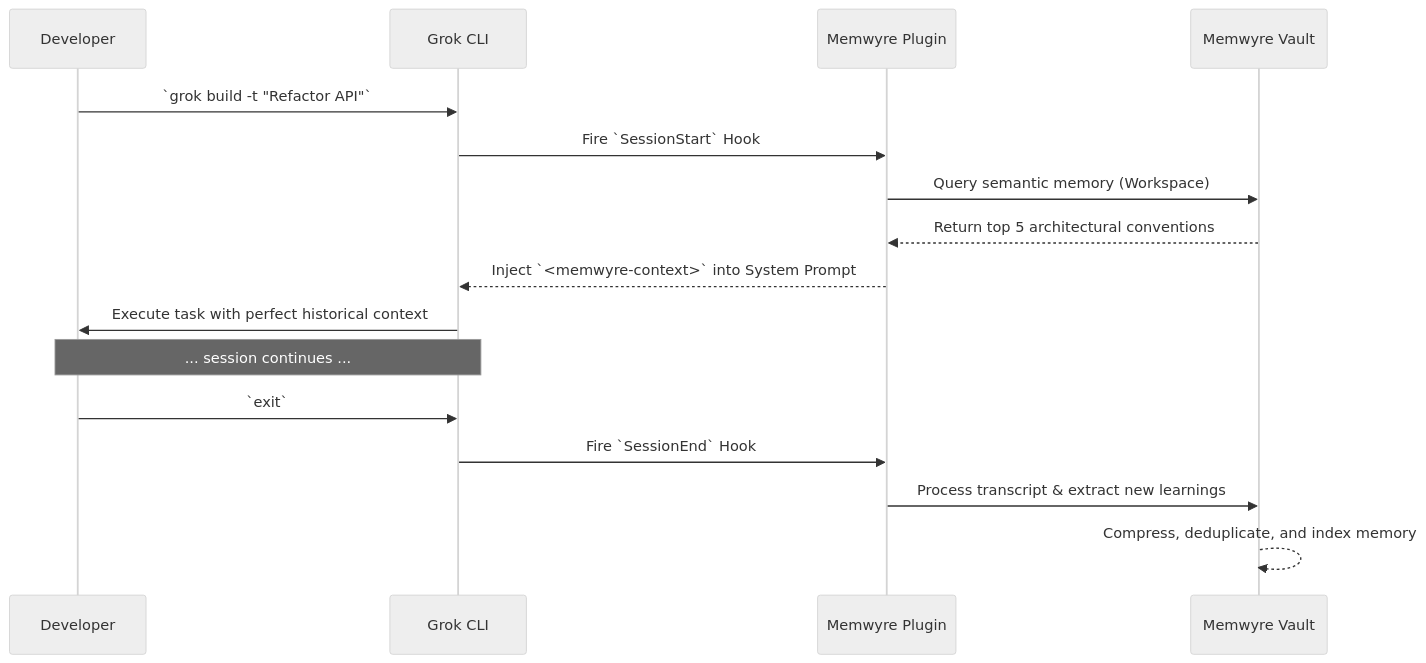
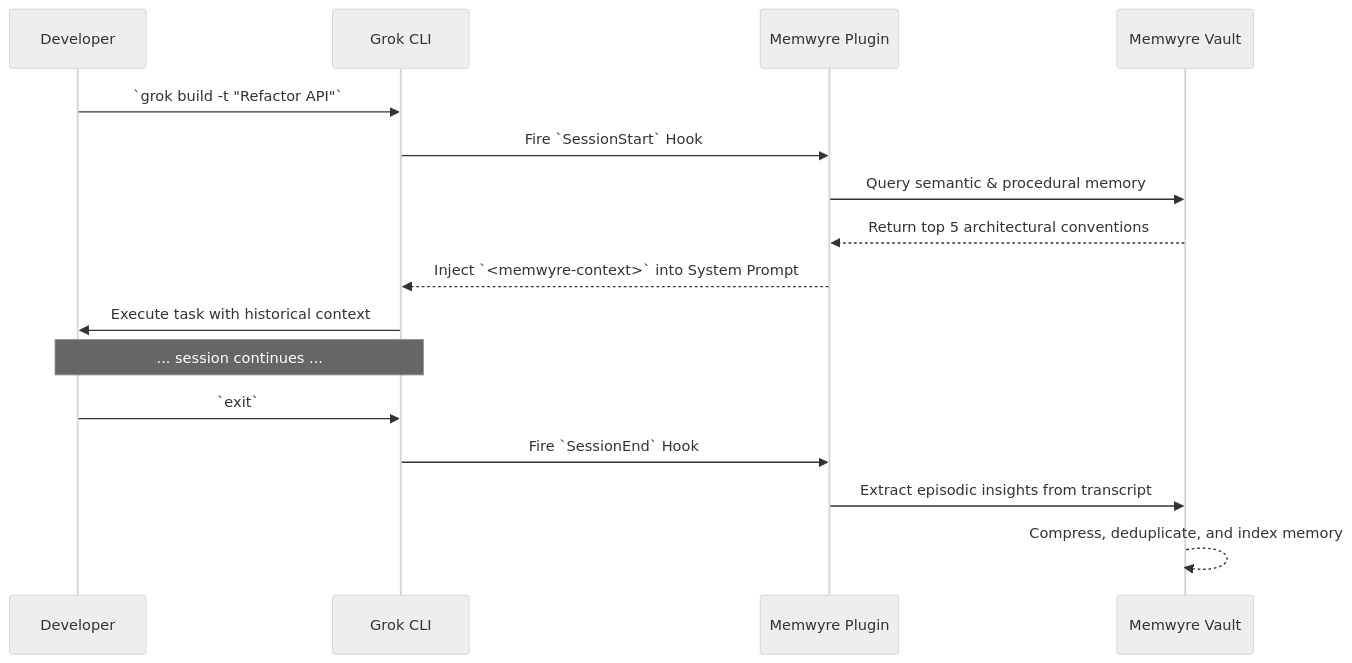
Before and after one commit to ramblinghermit/Memwyre: the diagram in frontend/src/assets/blog/grok-bot-shared-memory.md, drawn with Mermaid (neutral theme). The commit also changed other lines of this file, not shown here.

Commit message:
content(blog): enhance Grok memory post with SEO concepts and native vs shared comparison

````diff
--- a/frontend/src/assets/blog/grok-bot-shared-memory.md
+++ b/frontend/src/assets/blog/grok-bot-shared-memory.md
@@ -31,21 +43,21 @@
 ```mermaid
 sequenceDiagram
     participant Dev as Developer
     participant Grok as Grok CLI
     participant Plugin as Memwyre Plugin
     participant Vault as Memwyre Vault
 
     Dev->>Grok: `grok build -t "Refactor API"`
     Grok->>Plugin: Fire `SessionStart` Hook
-    Plugin->>Vault: Query semantic memory (Workspace)
+    Plugin->>Vault: Query semantic & procedural memory
     Vault-->>Plugin: Return top 5 architectural conventions
     Plugin-->>Grok: Inject `<memwyre-context>` into System Prompt
-    Grok->>Dev: Execute task with perfect historical context
+    Grok->>Dev: Execute task with historical context
 
     Note over Grok,Dev: ... session continues ...
 
     Dev->>Grok: `exit`
     Grok->>Plugin: Fire `SessionEnd` Hook
-    Plugin->>Vault: Process transcript & extract new learnings
+    Plugin->>Vault: Extract episodic insights from transcript
     Vault-->>Vault: Compress, deduplicate, and index memory
 ```
````
